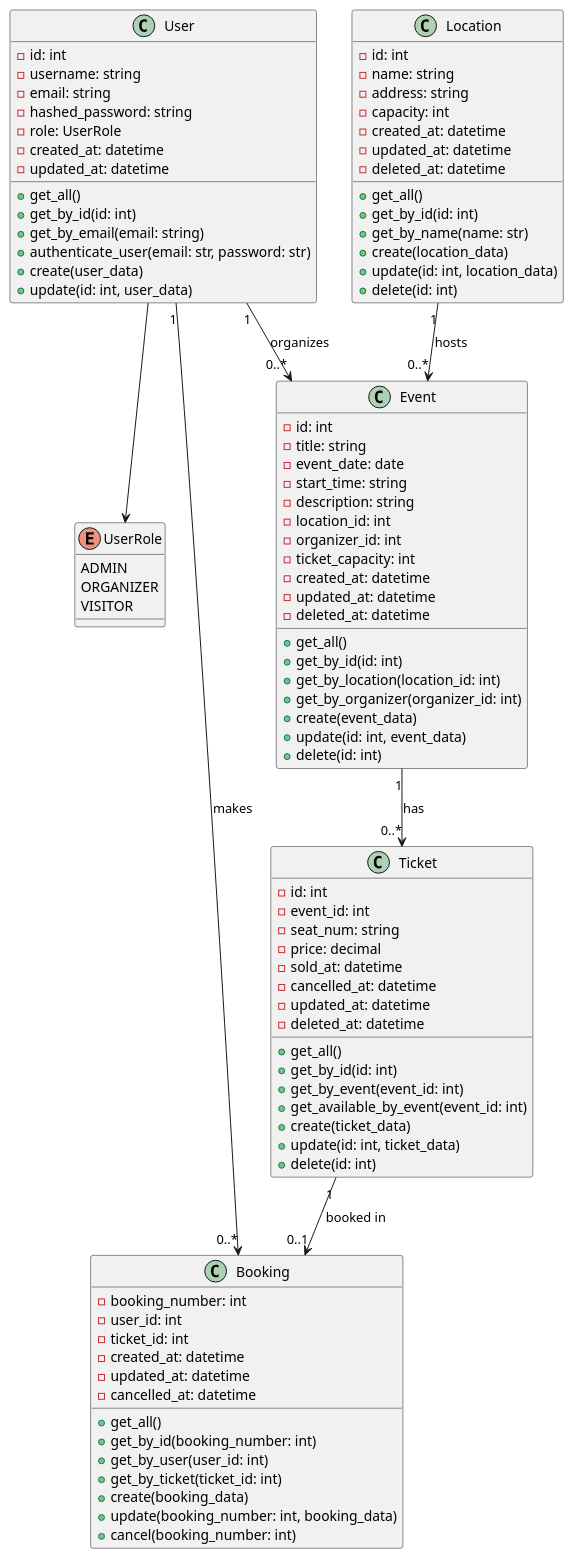
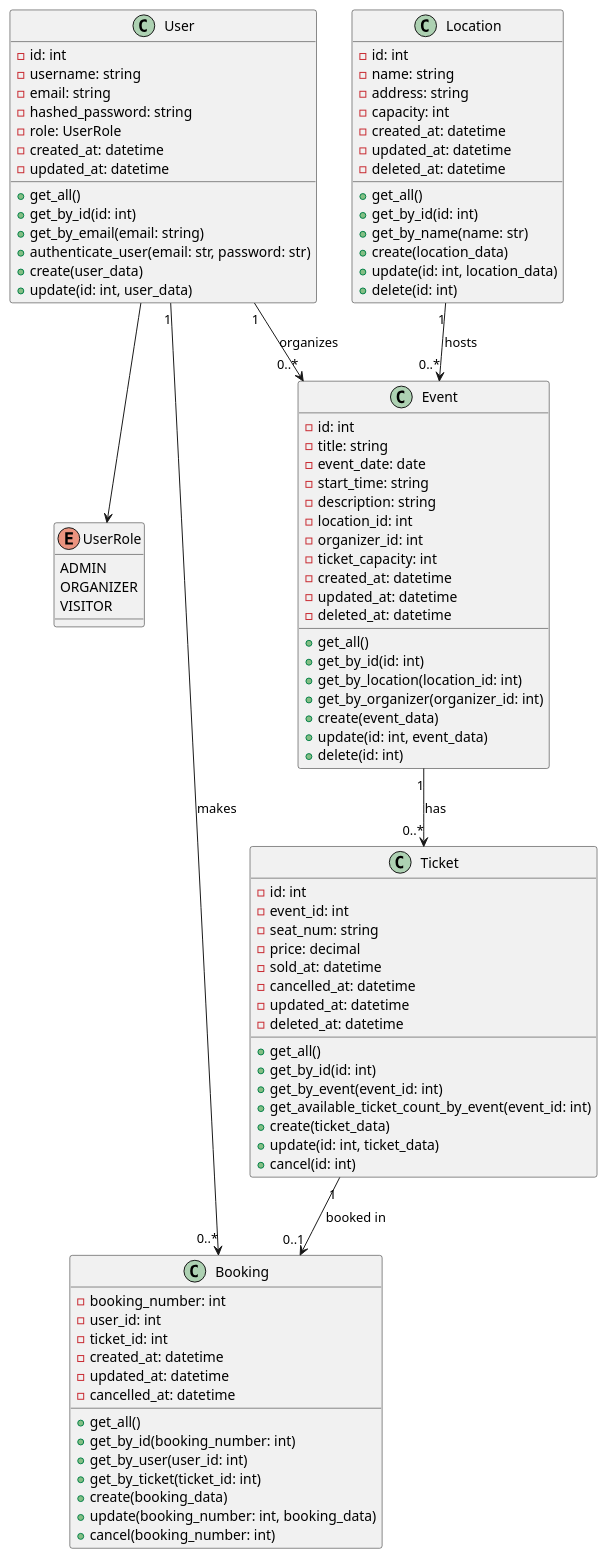
The second of 2 diagrams in backend/app/uml.md (JulianBierbaum/docker-fullstack-filtered), drawn with PlantUML before and after one commit. The commit also changed 11 other files, not shown here.

```diff
--- a/backend/app/uml.md
+++ b/backend/app/uml.md
@@ -151,10 +151,10 @@
   + get_all()
   + get_by_id(id: int)
   + get_by_event(event_id: int)
-  + get_available_by_event(event_id: int)
+  + get_available_ticket_count_by_event(event_id: int)
   + create(ticket_data)
   + update(id: int, ticket_data)
-  + delete(id: int)
+  + cancel(id: int)
 }
 
 class Booking {
```
